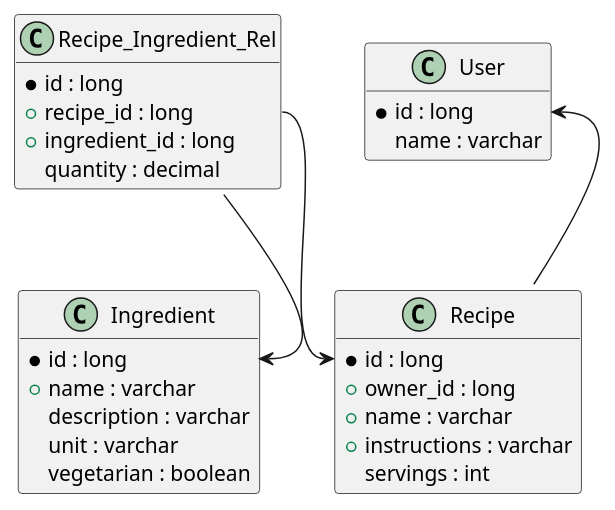
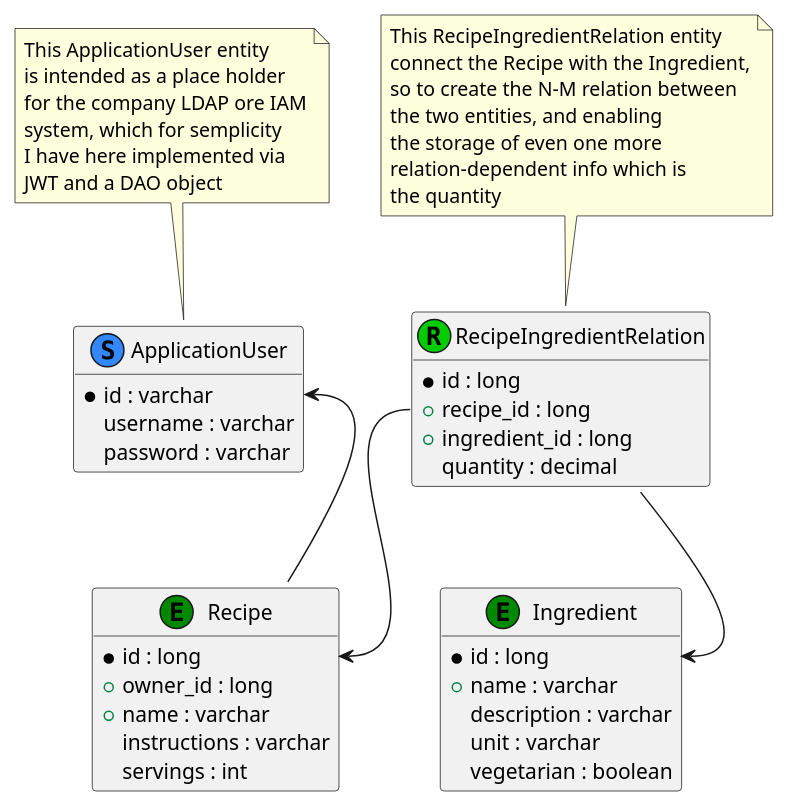
Before and after one commit to brunasti/recipes-application: the diagram in documentation/solution/data-model.puml, drawn with PlantUML. The commit also changed 23 other files, not shown here.

```diff
--- a/documentation/solution/data-model.puml
+++ b/documentation/solution/data-model.puml
@@ -1,46 +1,68 @@
 @startuml
 'https://plantuml.com/class-diagram
 
 
 hide method
 
-class User
+class User as "ApplicationUser" << (S,#3388FF) >>
 {
-    * id : long
-    name : varchar
+    * id : varchar
+    username : varchar
+    password : varchar
 }
 
-class Recipe
+note top of User
+ This ApplicationUser entity
+ is intended as a place holder
+ for the company LDAP ore IAM
+ system, which for semplicity
+ I have here implemented via
+ JWT and a DAO object
+end note
+
+class Recipe << (E,#008800) >>
 {
     * id : long
     + owner_id : long
     + name : varchar
-    + instructions : varchar
+    instructions : varchar
     servings : int
 }
 
-class Ingredient
+class Ingredient << (E,#008800) >>
 {
     * id : long
     + name : varchar
     description : varchar
     unit : varchar
     vegetarian : boolean
 }
 
 
 Recipe::owner_user_id -u-> User::id
 
 
-class Recipe_Ingredient_Rel {
+class RecipeIngredientRelation  << (R,#00CC00) >>
+ {
     * id : long
     + recipe_id : long
     + ingredient_id : long
     quantity : decimal
 }
 
-Recipe::id <-u- Recipe_Ingredient_Rel::recipe_id
-Ingredient::id <-u- Recipe_Ingredient_Rel::product_id
+note top of RecipeIngredientRelation
+ This RecipeIngredientRelation entity
+ connect the Recipe with the Ingredient,
+ so to create the N-M relation between
+ the two entities, and enabling
+ the storage of even one more
+ relation-dependent info which is
+ the quantity
+end note
+
+
+Recipe::id <-u- RecipeIngredientRelation::recipe_id
+Ingredient::id <-u- RecipeIngredientRelation::product_id
 
 
 @enduml
```
